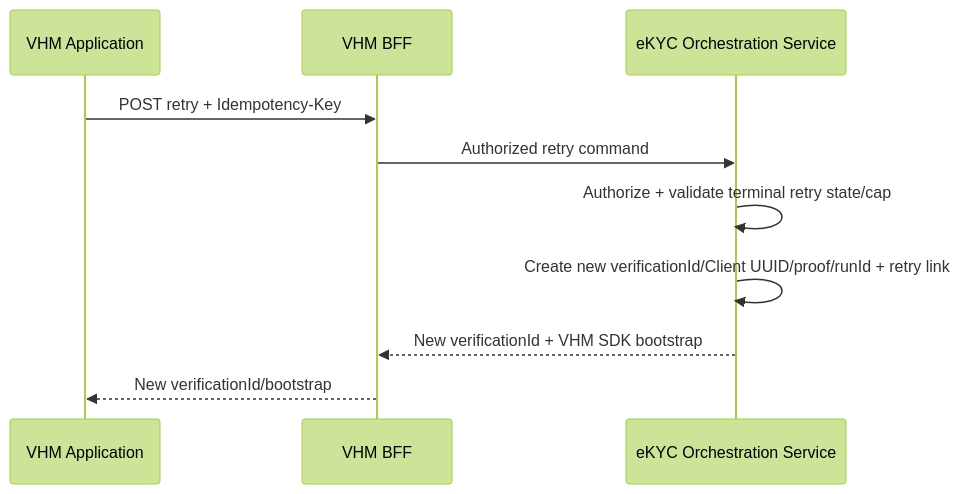
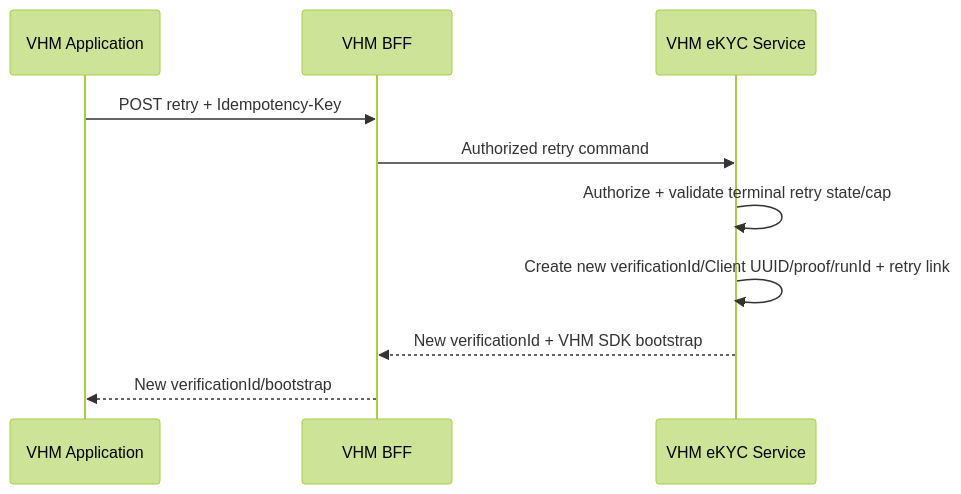
Before and after one commit to huynv-xyz/vhm: diagram 14 of 16 in README.md, drawn with Mermaid (forest theme). The commit also changed other lines of this file, not shown here.

````diff
--- a/README.md
+++ b/README.md
@@ -1244,12 +1238,12 @@
 ```mermaid
 sequenceDiagram
     participant APP as VHM Application
     participant BFF as VHM BFF
-    participant Orchestrator as eKYC Orchestration Service
+    participant EKYC_SERVICE as VHM eKYC Service
     APP->>BFF: POST retry + Idempotency-Key
-    BFF->>Orchestrator: Authorized retry command
-    Orchestrator->>Orchestrator: Authorize + validate terminal retry state/cap
-    Orchestrator->>Orchestrator: Create new verificationId/Client UUID/proof/runId + retry link
-    Orchestrator-->>BFF: New verificationId + VHM SDK bootstrap
+    BFF->>EKYC_SERVICE: Authorized retry command
+    EKYC_SERVICE->>EKYC_SERVICE: Authorize + validate terminal retry state/cap
+    EKYC_SERVICE->>EKYC_SERVICE: Create new verificationId/Client UUID/proof/runId + retry link
+    EKYC_SERVICE-->>BFF: New verificationId + VHM SDK bootstrap
     BFF-->>APP: New verificationId/bootstrap
 ```
````
